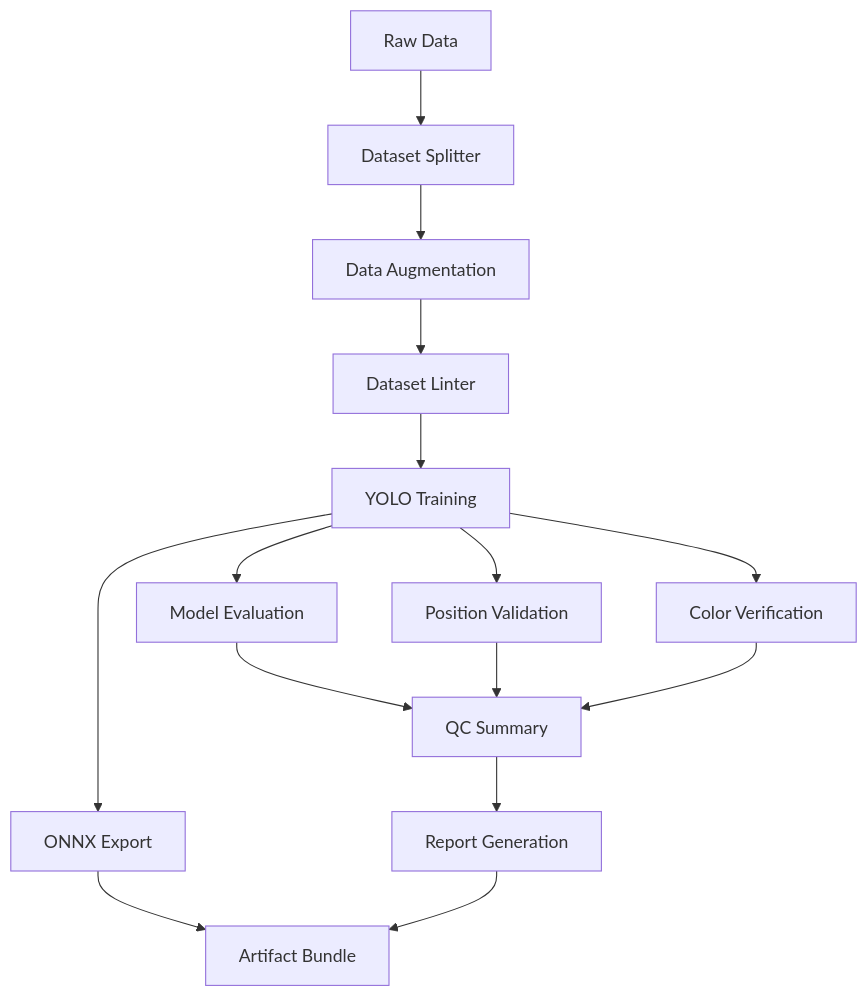
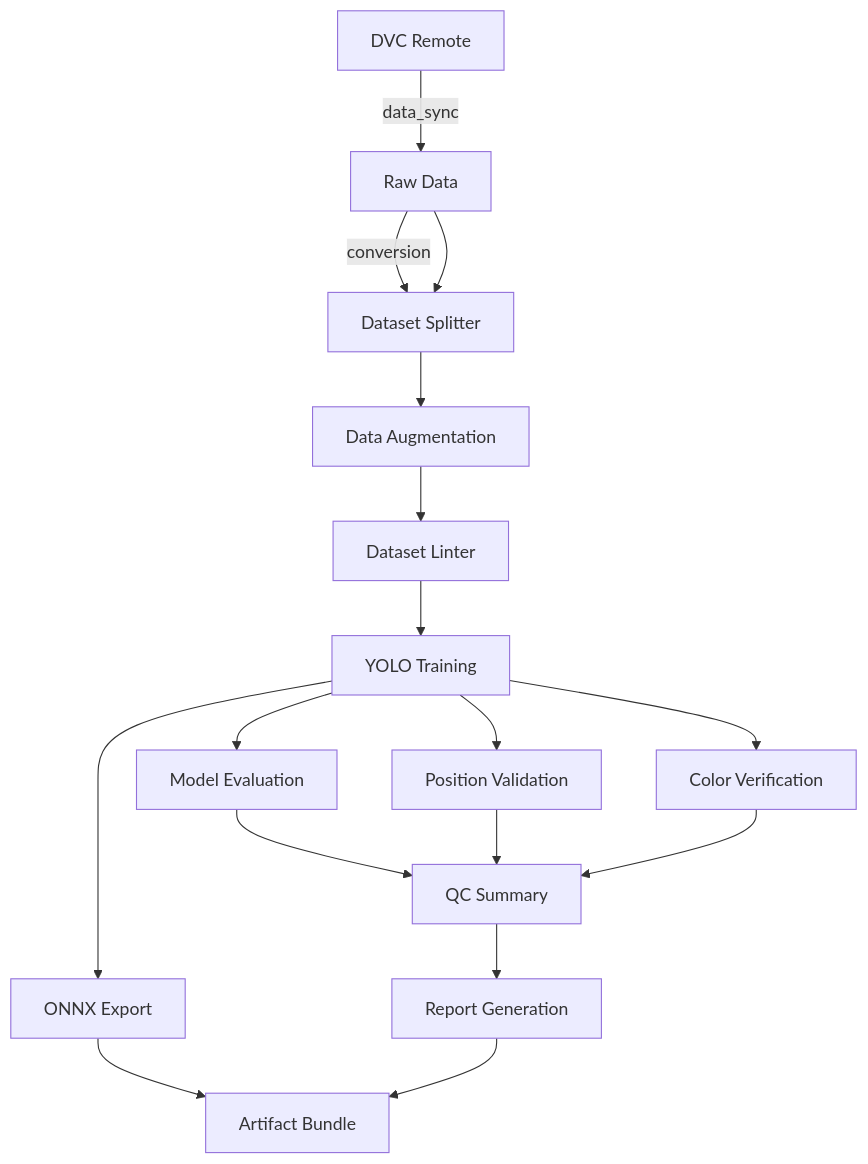
Before and after one commit to DioWang67/Yolo11_auto_train: the diagram in docs/ARCHITECTURE.md, drawn with Mermaid. The commit also changed other lines of this file and 2 other files, not shown here.

Commit message:
docs: sync architecture and config reference with codebase

````diff
--- a/docs/ARCHITECTURE.md
+++ b/docs/ARCHITECTURE.md
@@ -65,17 +67,19 @@
 ```mermaid
 graph TD
-    A[Raw Data] --> B[Dataset Splitter]
+    Z[DVC Remote] -->|data_sync| A[Raw Data]
+    A -->|conversion| B[Dataset Splitter]
+    A --> B
     B --> C[Data Augmentation]
     C --> D[Dataset Linter]
     D --> E[YOLO Training]
     E --> F[Model Evaluation]
     E --> G[ONNX Export]
     E --> H[Position Validation]
     E --> I[Color Verification]
     F --> J[QC Summary]
     H --> J
     I --> J
     J --> K[Report Generation]
     G --> L[Artifact Bundle]
     K --> L
 ```
````
